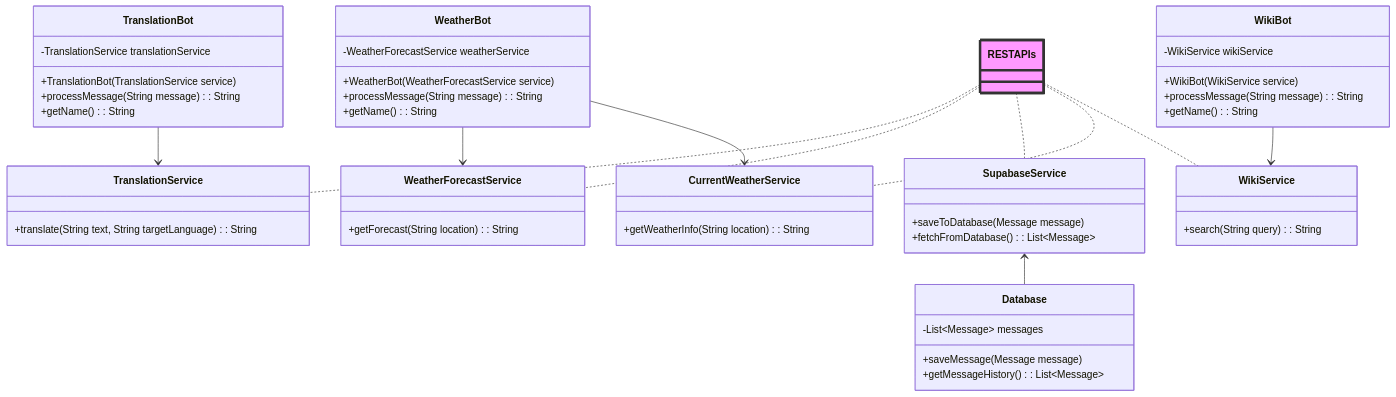
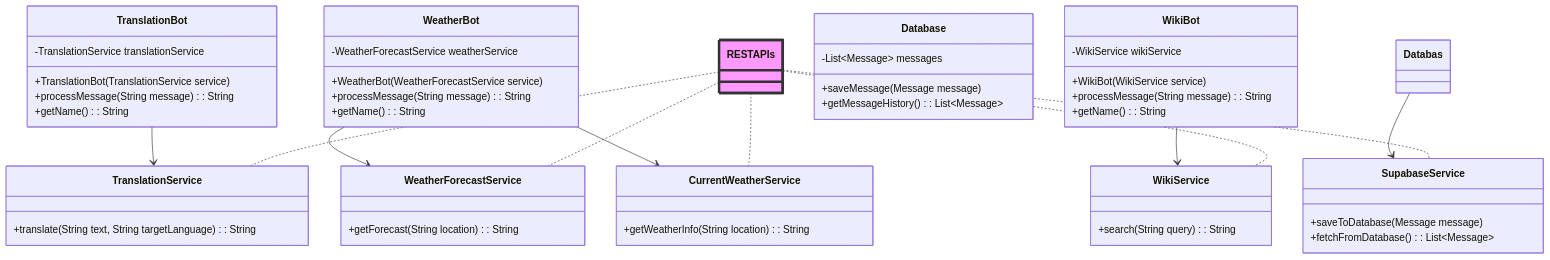
Before and after one commit to Connorh1603/Tankstellen-Projektarbeit: the third of 3 diagrams in documentation/1,9Infrasturktursicht.md, drawn with Mermaid.

````diff
--- a/documentation/1,9Infrasturktursicht.md
+++ b/documentation/1,9Infrasturktursicht.md
@@ -126,62 +126,62 @@
 ```mermaid
 classDiagram
     class TranslationBot {
       -TranslationService translationService
       +TranslationBot(TranslationService service)
       +processMessage(String message): String
       +getName(): String
     }
 
     class WeatherBot {
       -WeatherForecastService weatherService
       +WeatherBot(WeatherForecastService service)
       +processMessage(String message): String
       +getName(): String
     }
 
     class WikiBot {
       -WikiService wikiService
       +WikiBot(WikiService service)
       +processMessage(String message): String
       +getName(): String
     }
 
     class TranslationService {
       +translate(String text, String targetLanguage): String
     }
 
     class CurrentWeatherService {
       +getWeatherInfo(String location): String
     }
 
     class WeatherForecastService {
         +getForecast(String location): String
     }
 
     class WikiService {
         +search(String query): String
     }
     class Database {
       -List~Message~ messages
       +saveMessage(Message message)
       +getMessageHistory(): List~Message~
     }
 
     class SupabaseService {
       +saveToDatabase(Message message)
       +fetchFromDatabase(): List~Message~
     }
     class RESTAPIs
     style RESTAPIs fill:#f9f,stroke:#333,stroke-width:4px
 
-    SupabaseService <-- Database
+    Databas --> SupabaseService 
     TranslationBot --> TranslationService
     WeatherBot --> WeatherForecastService
     WeatherBot --> CurrentWeatherService
     WikiBot --> WikiService
     RESTAPIs .. TranslationService
     RESTAPIs .. WeatherForecastService
     RESTAPIs .. SupabaseService
     RESTAPIs .. CurrentWeatherService
     RESTAPIs .. WikiService
 ```
````
